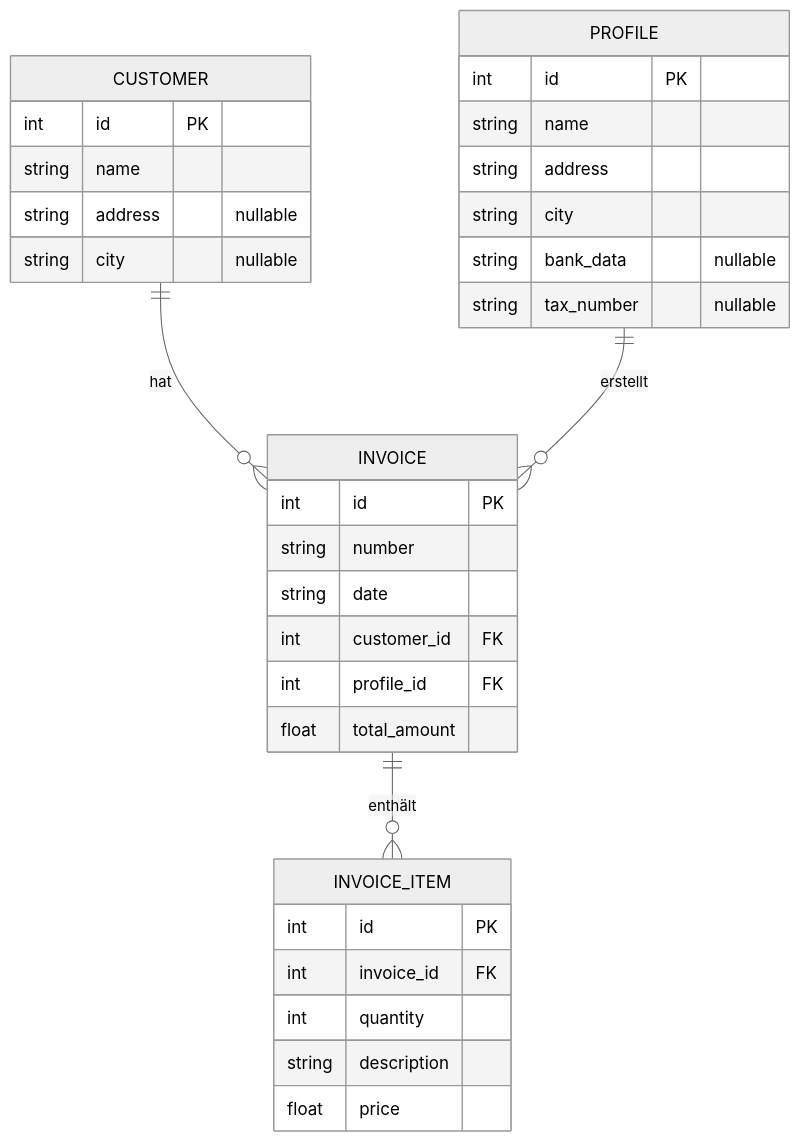
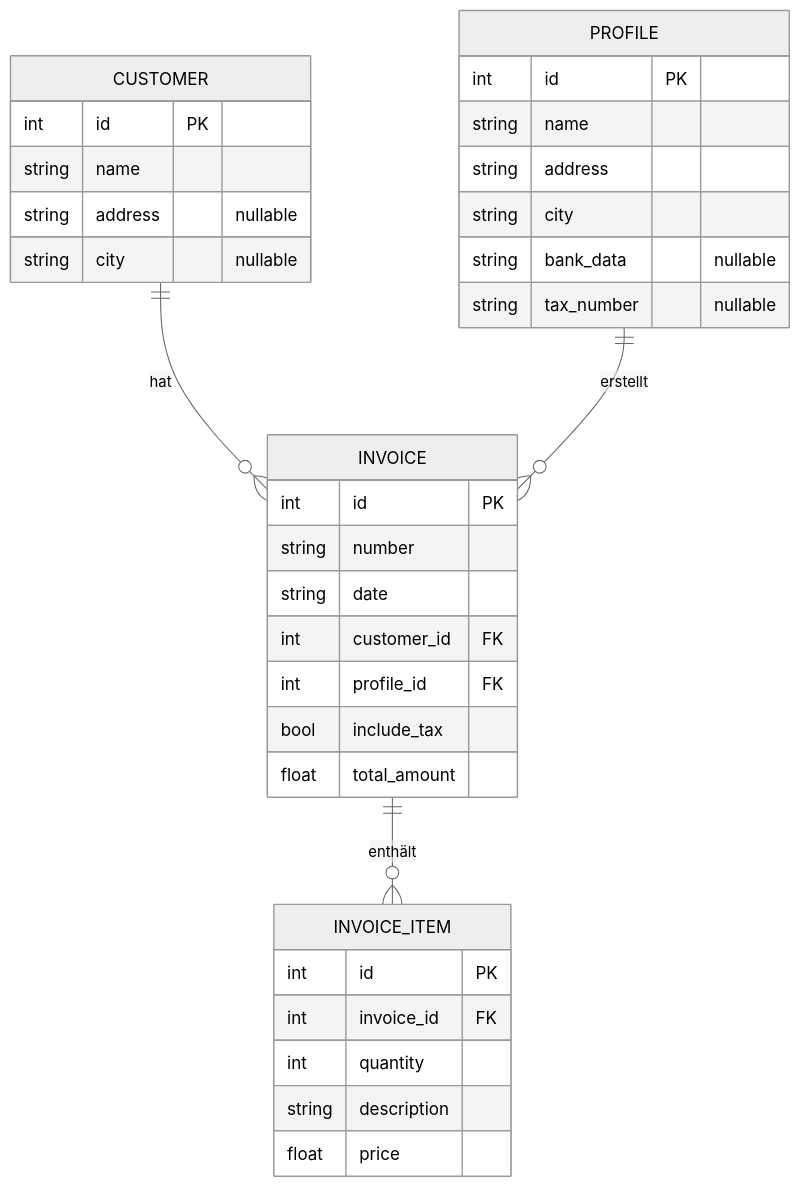
Before and after one commit to wontknow/Billino: the diagram in README.md, drawn with Mermaid (neutral theme).

````diff
--- a/README.md
+++ b/README.md
@@ -219,39 +219,40 @@
 ```mermaid
 erDiagram
     CUSTOMER ||--o{ INVOICE : "hat"
     PROFILE  ||--o{ INVOICE : "erstellt"
     INVOICE  ||--o{ INVOICE_ITEM : "enthält"
 
     CUSTOMER {
         int id PK
         string name
         string address "nullable"
         string city "nullable"
     }
 
     PROFILE {
         int id PK
         string name
         string address
         string city
         string bank_data "nullable"
         string tax_number "nullable"
     }
 
     INVOICE {
         int id PK
         string number
         string date
         int customer_id FK
         int profile_id FK
+        bool include_tax
         float total_amount
     }
 
     INVOICE_ITEM {
         int id PK
         int invoice_id FK
         int quantity
         string description
         float price
     }
   ```
````
